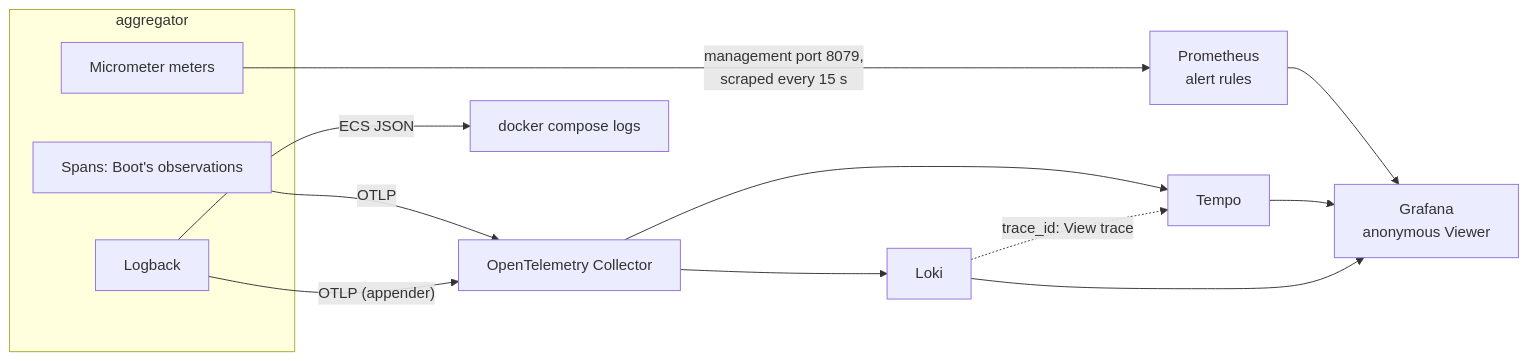
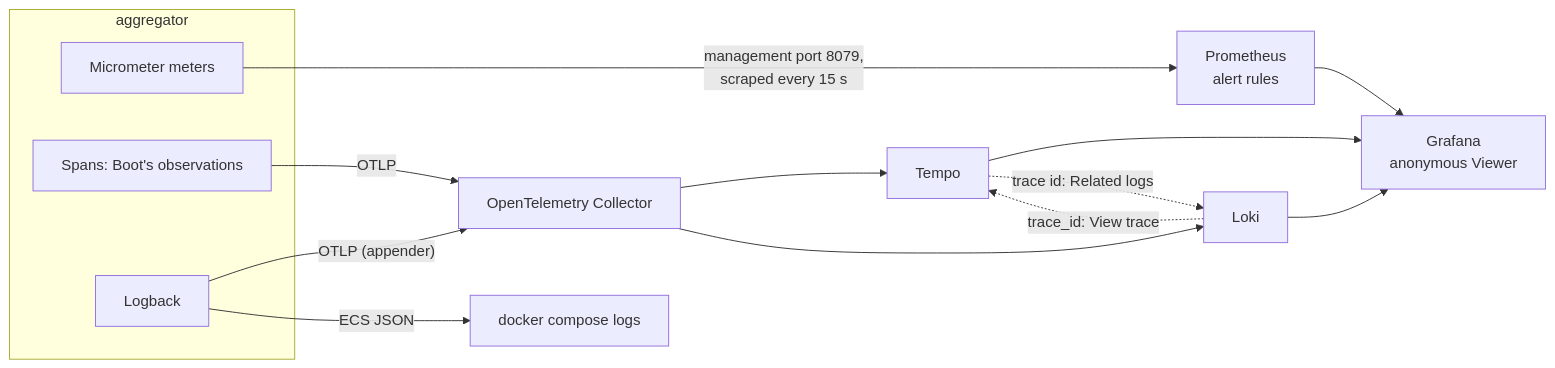
One commit to dromero001/flight-aggregator changed the diagram in docs/architecture/observability.md. Above: the diagram before and after it, drawn with Mermaid. The commit also changed other lines of this file and 4 other files, not shown here.

Commit message:
Document the jump from a trace to its logs and the dashboard's new panels, and move E2 and E7 to the backlog

````diff
--- a/docs/architecture/observability.md
+++ b/docs/architecture/observability.md
@@ -7,18 +7,19 @@
 ```mermaid
 flowchart LR
     subgraph app[aggregator]
         meters[Micrometer meters]
         spans["Spans: Boot's observations"]
         logs[Logback]
     end
     meters -- "management port 8079,<br/>scraped every 15 s" --> prometheus[Prometheus<br/>alert rules]
     spans -- OTLP --> collector[OpenTelemetry Collector]
     logs -- "OTLP (appender)" --> collector
     logs -- ECS JSON --> console[docker compose logs]
     collector --> tempo[Tempo]
     collector --> loki[Loki]
     prometheus --> grafana[Grafana<br/>anonymous Viewer]
     tempo --> grafana
     loki --> grafana
     loki -. "trace_id: View trace" .-> tempo
+    tempo -. "trace id: Related logs" .-> loki
 ```
````
